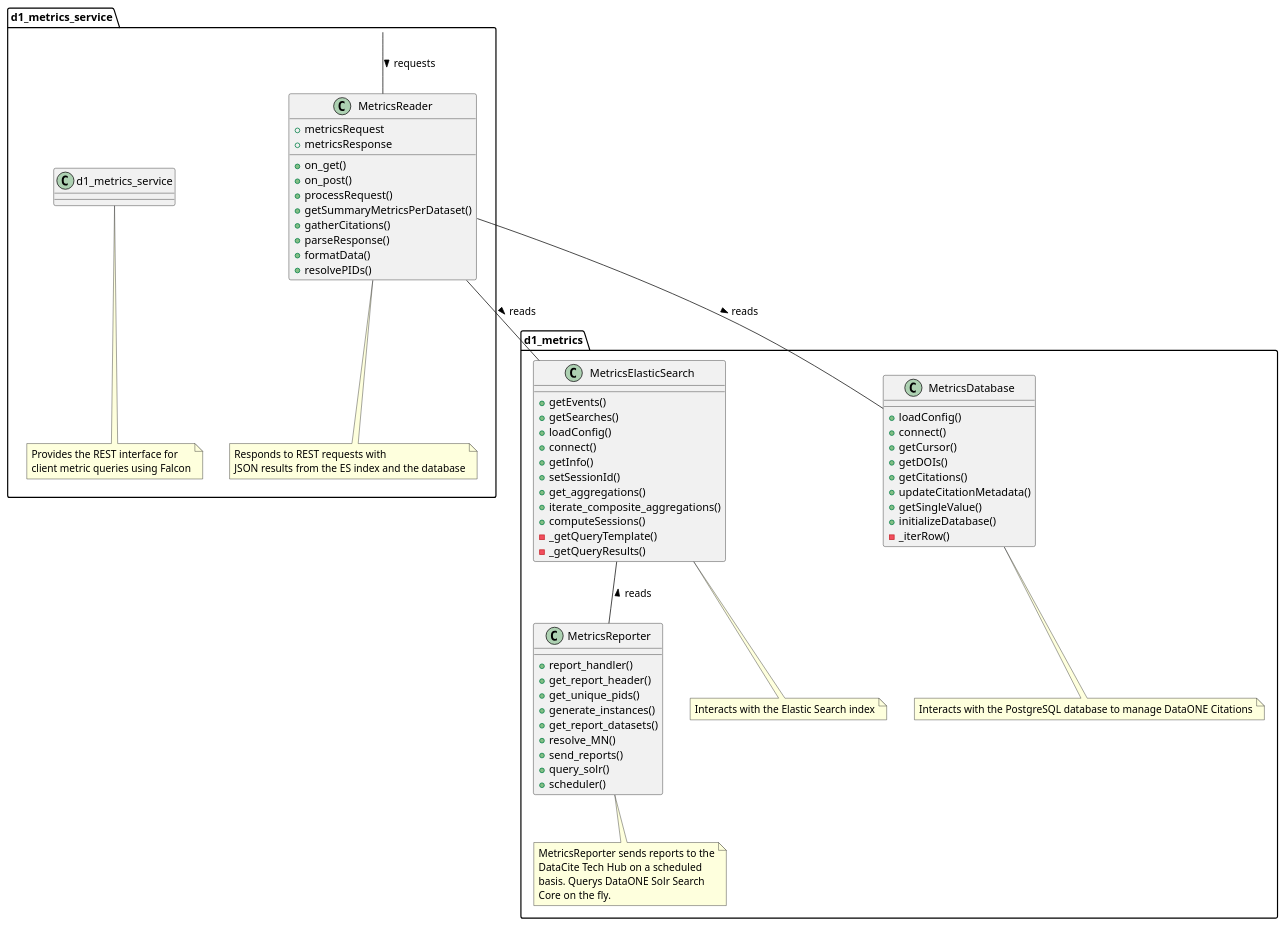
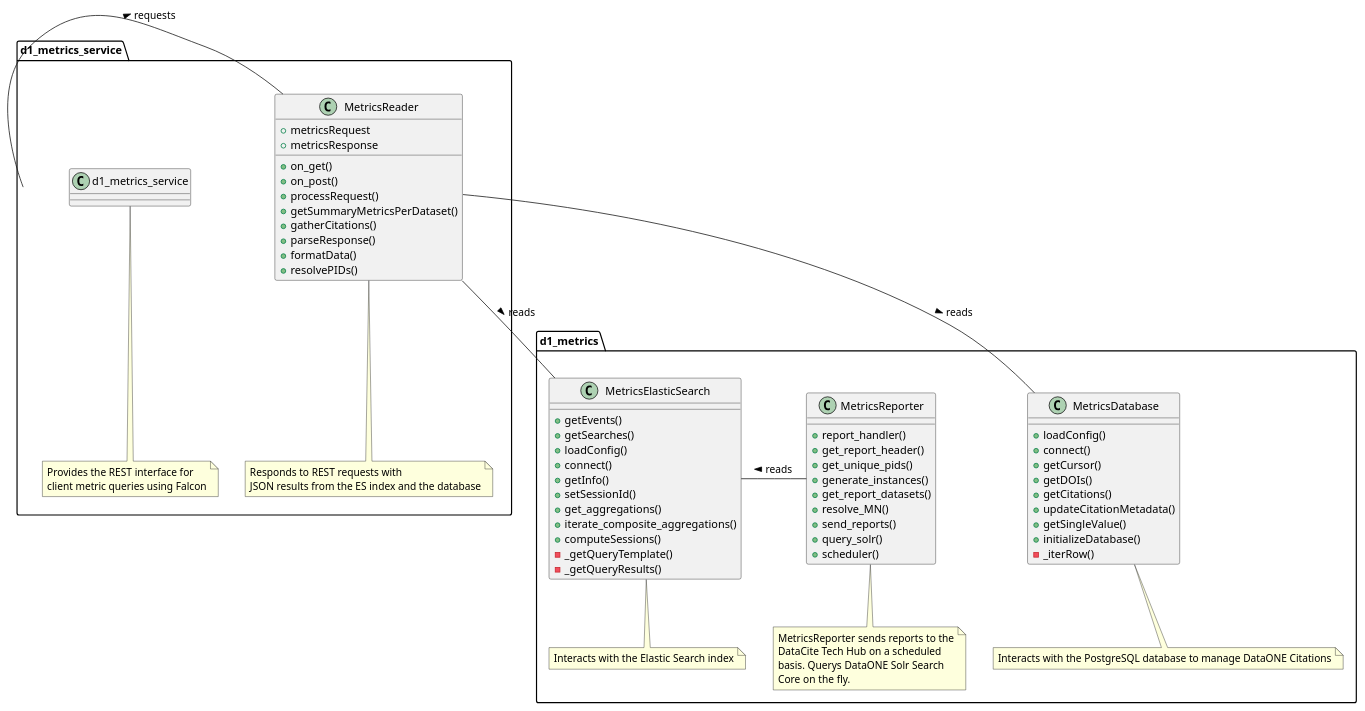
Before and after one commit to DataONEorg/metrics-service: the diagram in doc/source/metrics_service.rst, drawn with PlantUML.

Commit message:
Updating class diagram interactions

```diff
--- a/doc/source/metrics_service.rst
+++ b/doc/source/metrics_service.rst
@@ -119,7 +119,7 @@
     }
 
     ' Define the interactions
-    d1_metrics_service -down- MetricsReader: requests > 
-    MetricsReader -down- MetricsElasticSearch: reads >
-    MetricsReader -down- MetricsDatabase: reads >
-    MetricsReporter -up- MetricsElasticSearch: reads >
+    d1_metrics_service -left- MetricsReader: requests >
+    MetricsReader -- MetricsElasticSearch: reads >
+    MetricsReader -- MetricsDatabase: reads >
+    MetricsReporter -right- MetricsElasticSearch: reads >
```
